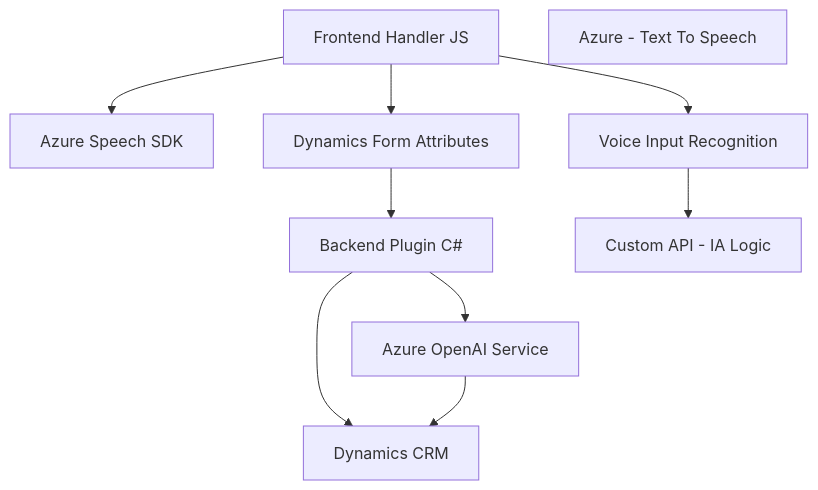
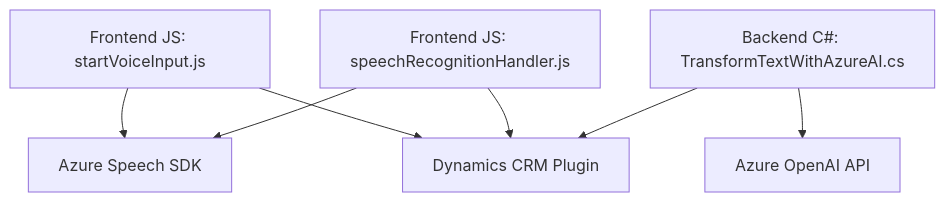
Before and after one commit to blopezdm/NETCORE_BILBAO2025: the diagram in README.md, drawn with Mermaid. The commit also changed other lines of this file, not shown here.

````diff
--- a/README.md
+++ b/README.md
@@ -33,21 +42,16 @@
 ```mermaid
 graph TD
-    A["Frontend Handler JS"]
-    B["Azure Speech SDK"]
-    C["Dynamics Form Attributes"]
-    D["Voice Input Recognition"]
-    E["Azure - Text To Speech"]
-    F["Backend Plugin C#"]
-    G["Dynamics CRM"]
-    H["Azure OpenAI Service"]
-    I["Custom API - IA Logic"]
+  A["Frontend JS: startVoiceInput.js"]
+  B["Frontend JS: speechRecognitionHandler.js"]
+  C["Backend C#: TransformTextWithAzureAI.cs"]
+  D["Azure Speech SDK"]
+  E["Azure OpenAI API"]
+  F["Dynamics CRM Plugin"]
 
-    A --> B
-    A --> C
-    A --> D
-    D --> I
-    C --> F
-    F --> G
-    F --> H
-    H --> G
+  A --> D
+  A --> F
+  B --> D
+  B --> F
+  C --> F
+  C --> E
 ```
````
